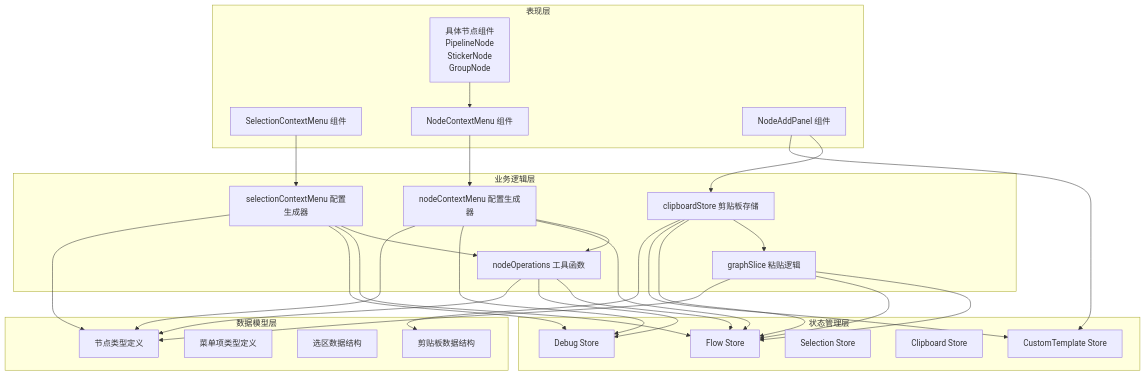
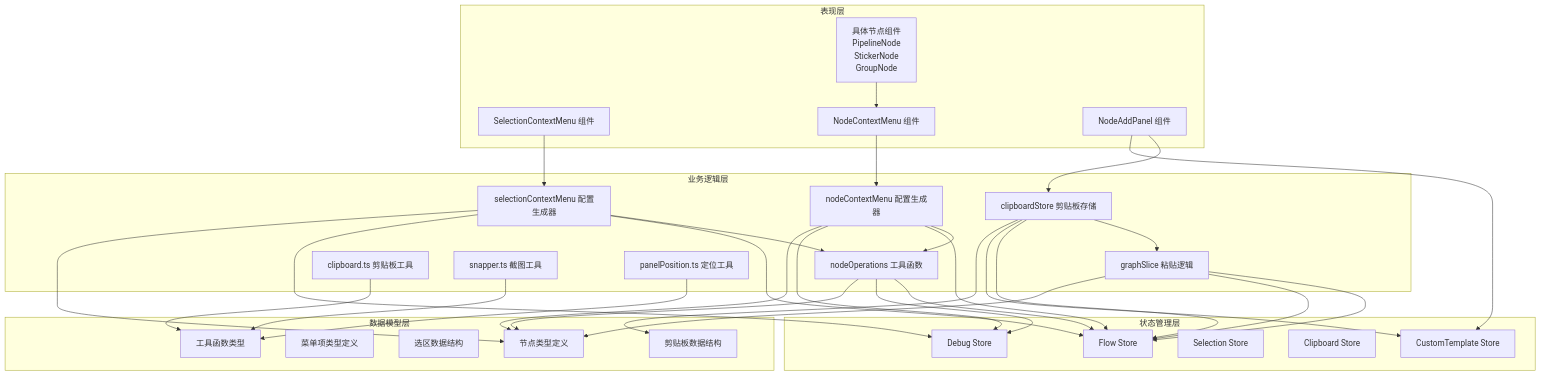
Diagram 20 of 20 in .qoder/repowiki/zh/content/Node Context Menu.md (kqcoxn/MaaPipelineEditor), drawn with Mermaid before and after one commit. The commit also changed other lines of this file and 19 other files, not shown here.

````diff
--- a/.qoder/repowiki/zh/content/Node Context Menu.md
+++ b/.qoder/repowiki/zh/content/Node Context Menu.md
@@ -632,52 +753,59 @@
 ```mermaid
 graph TB
 subgraph "表现层"
 A[SelectionContextMenu 组件]
 B[NodeContextMenu 组件]
 C[NodeAddPanel 组件]
 D[具体节点组件<br/>PipelineNode<br/>StickerNode<br/>GroupNode]
 end
 subgraph "业务逻辑层"
 E[selectionContextMenu 配置生成器]
 F[nodeContextMenu 配置生成器]
 G[nodeOperations 工具函数]
 H[clipboardStore 剪贴板存储]
 I[graphSlice 粘贴逻辑]
+J[clipboard.ts 剪贴板工具]
+K[snapper.ts 截图工具]
+L[panelPosition.ts 定位工具]
 end
 subgraph "状态管理层"
-J[Flow Store]
-K[Debug Store]
-L[Selection Store]
-M[Clipboard Store]
-N[CustomTemplate Store]
+M[Flow Store]
+N[Debug Store]
+O[Selection Store]
+P[Clipboard Store]
+Q[CustomTemplate Store]
 end
 subgraph "数据模型层"
-O[节点类型定义]
-P[菜单项类型定义]
-Q[选区数据结构]
-R[剪贴板数据结构]
+R[节点类型定义]
+S[菜单项类型定义]
+T[选区数据结构]
+U[剪贴板数据结构]
+V[工具函数类型]
 end
 A --> E
 B --> F
 C --> H
 D --> B
 E --> G
 F --> G
 H --> I
-I --> J
-E --> J
-F --> J
-H --> J
-I --> J
-E --> K
-F --> K
-H --> N
-C --> N
-E --> O
-F --> O
-H --> R
-I --> O
-G --> J
-G --> K
-G --> O
+I --> M
+E --> M
+F --> M
+H --> M
+I --> M
+E --> N
+F --> N
+H --> Q
+C --> Q
+E --> R
+F --> R
+H --> U
+I --> R
+G --> M
+G --> N
+G --> R
+J --> V
+K --> V
+L --> V
 ```
````
